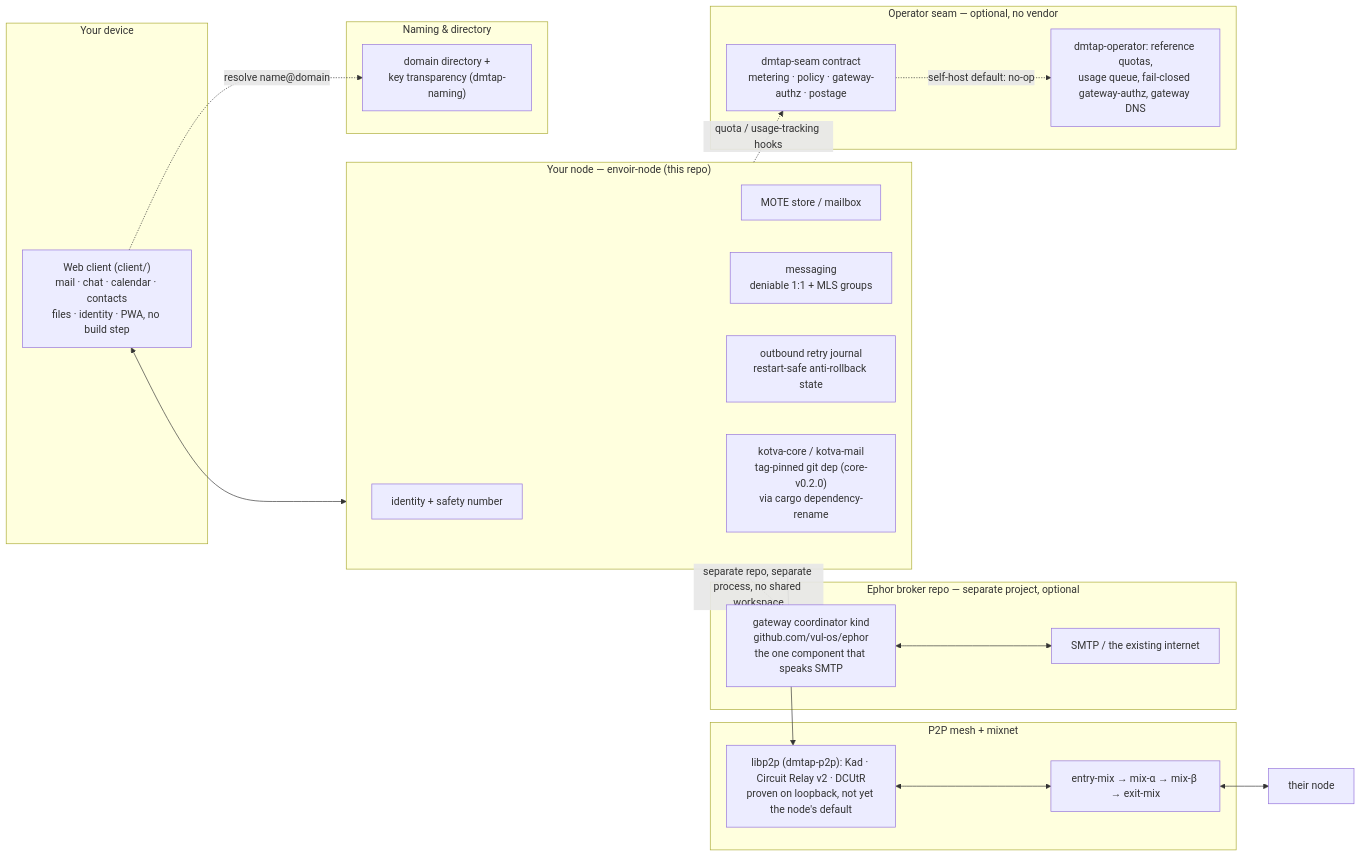
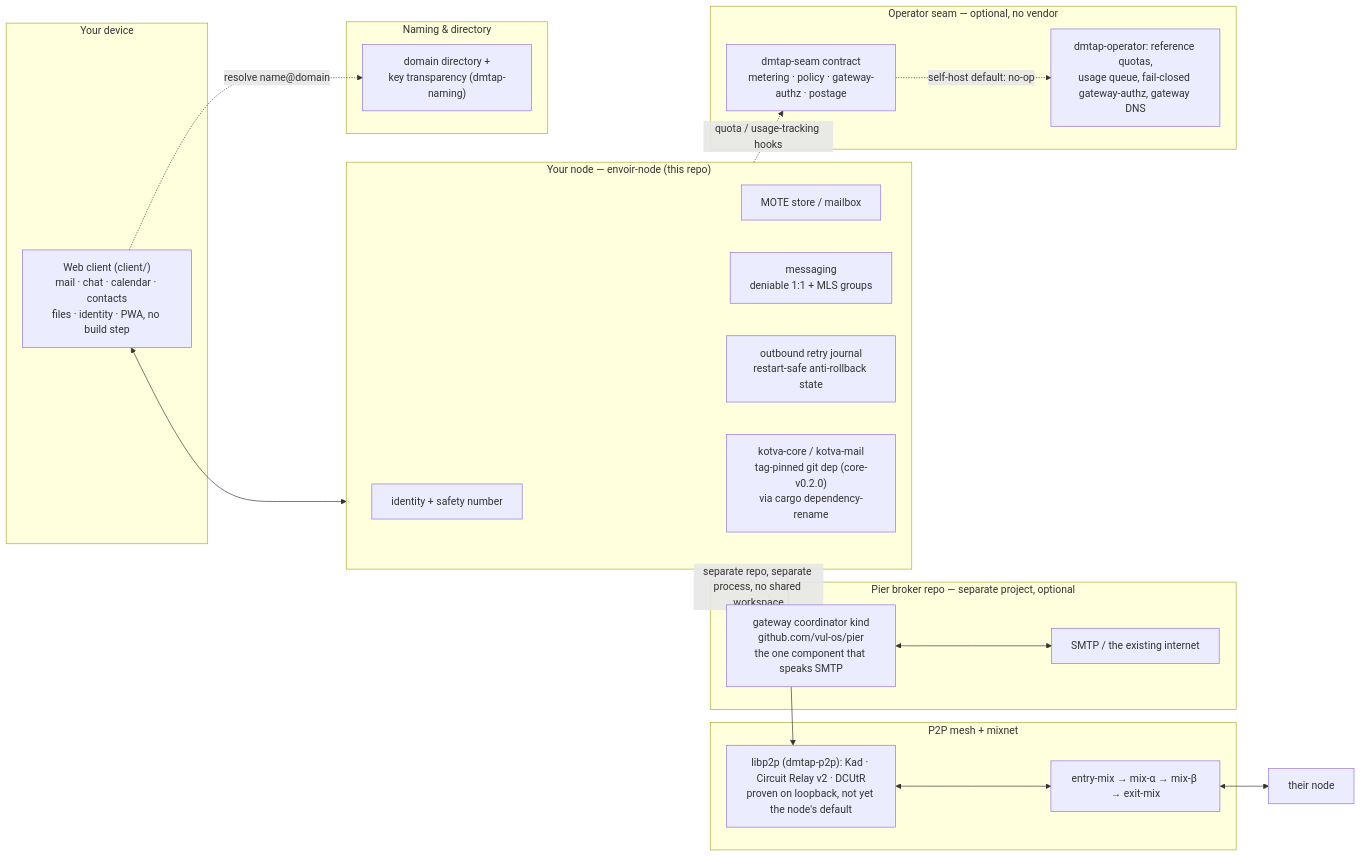
The diagram in README.md (vul-os/envoir), drawn with Mermaid before and after one commit. The commit also changed other lines of this file and 31 other files, not shown here.

````diff
--- a/README.md
+++ b/README.md
@@ -205,44 +205,44 @@
 ```mermaid
 flowchart LR
     subgraph You["Your device"]
         Client["Web client (client/)<br/>mail · chat · calendar · contacts<br/>files · identity · PWA, no build step"]
     end
 
     subgraph Node["Your node — envoir-node (this repo)"]
         Identity_["identity + safety number"]
         Mailbox["MOTE store / mailbox"]
         Messaging["messaging<br/>deniable 1:1 + MLS groups"]
         Journal["outbound retry journal<br/>restart-safe anti-rollback state"]
         Substrate["kotva-core / kotva-mail<br/>tag-pinned git dep (core-v0.2.0)<br/>via cargo dependency-rename"]
     end
 
     subgraph Mesh["P2P mesh + mixnet"]
         Transport["libp2p (dmtap-p2p): Kad · Circuit Relay v2 · DCUtR<br/>proven on loopback, not yet the node's default"]
         Mix["entry-mix → mix-α → mix-β → exit-mix"]
     end
 
     subgraph Naming["Naming & directory"]
         KT["domain directory +<br/>key transparency (dmtap-naming)"]
     end
 
-    subgraph Ephor["Ephor broker repo — separate project, optional"]
-        Gateway["gateway coordinator kind<br/>github.com/vul-os/ephor<br/>the one component that speaks SMTP"]
+    subgraph Pier["Pier broker repo — separate project, optional"]
+        Gateway["gateway coordinator kind<br/>github.com/vul-os/pier<br/>the one component that speaks SMTP"]
         SMTP["SMTP / the existing internet"]
     end
 
     subgraph Op["Operator seam — optional, no vendor"]
         Seam["dmtap-seam contract<br/>metering · policy · gateway-authz · postage"]
         Ref["dmtap-operator: reference quotas,<br/>usage queue, fail-closed gateway-authz, gateway DNS"]
     end
 
     Client <--> Node
     Node --> Substrate
     Node --> Transport
     Transport <--> Mix
     Mix <--> Peer["their node"]
     Client -.->|resolve name@domain| KT
     Node -.->|separate repo, separate process, no shared workspace| Gateway
     Gateway <--> SMTP
     Node -.->|quota / usage-tracking hooks| Seam
     Seam -.->|self-host default: no-op| Ref
 ```
````
